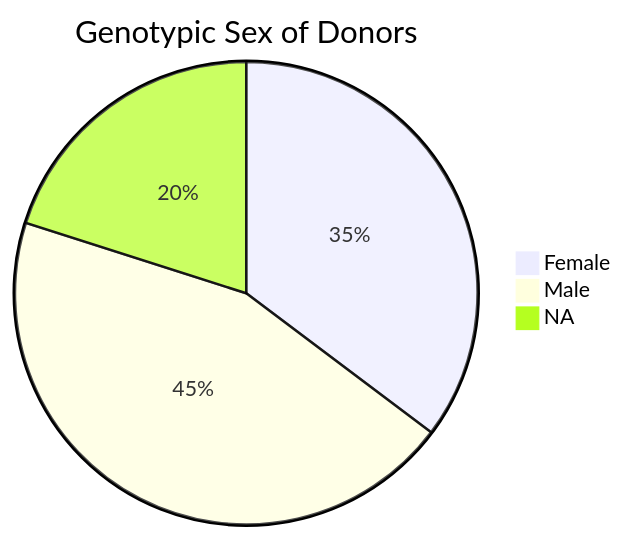
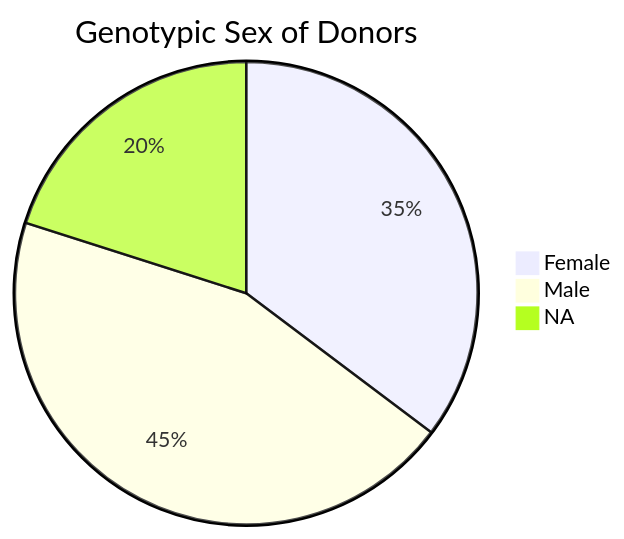
Before and after one commit to progenetix/cancercelllines-web: the diagram in docs/index.md, drawn with Mermaid.

````diff
--- a/docs/index.md
+++ b/docs/index.md
@@ -16,8 +16,9 @@
 ```mermaid
-%%{init: {"pie": {"textPosition": 0.5}} }%%
+%%{init: {"pie": {"pie1": "#E0BBE4", "pie2": "#957DAD", "pie3": "#D291BC"} }%%
 pie title Genotypic Sex of Donors
   "Female" : 1486
   "Male" : 1882
   "NA" : 846
 
+
 ```
````
